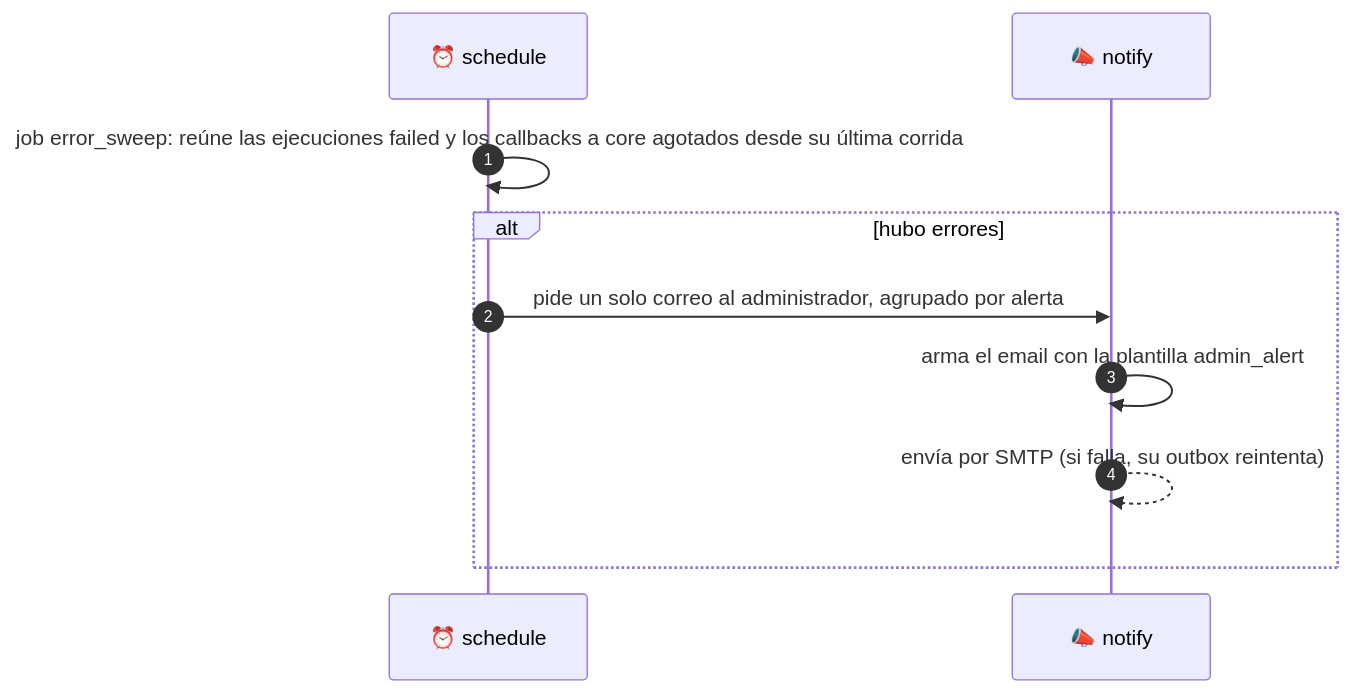
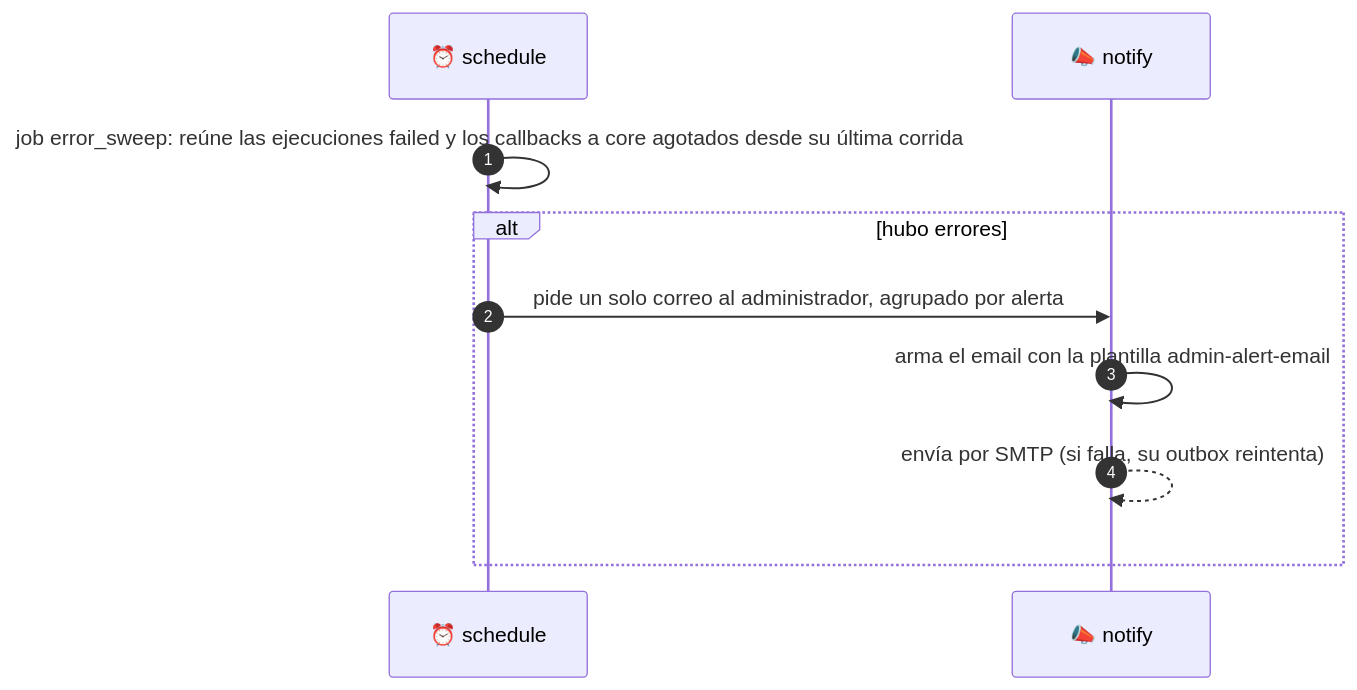
The third of 6 diagrams in _docs/architecture/scraping-flow.md (vida-I-found-it/architecture), drawn with Mermaid before and after one commit. The commit also changed other lines of this file and 12 other files, not shown here.

````diff
--- a/_docs/architecture/scraping-flow.md
+++ b/_docs/architecture/scraping-flow.md
@@ -89,13 +90,13 @@
 ```mermaid
 sequenceDiagram
     autonumber
     participant SC as ⏰ schedule
     participant NT as 📣 notify
 
     SC->>SC: job error_sweep: reúne las ejecuciones failed y los callbacks a core agotados desde su última corrida
     alt hubo errores
         SC->>NT: pide un solo correo al administrador, agrupado por alerta
-        NT->>NT: arma el email con la plantilla admin_alert
+        NT->>NT: arma el email con la plantilla admin-alert-email
         NT-->>NT: envía por SMTP (si falla, su outbox reintenta)
     end
 ```
````
